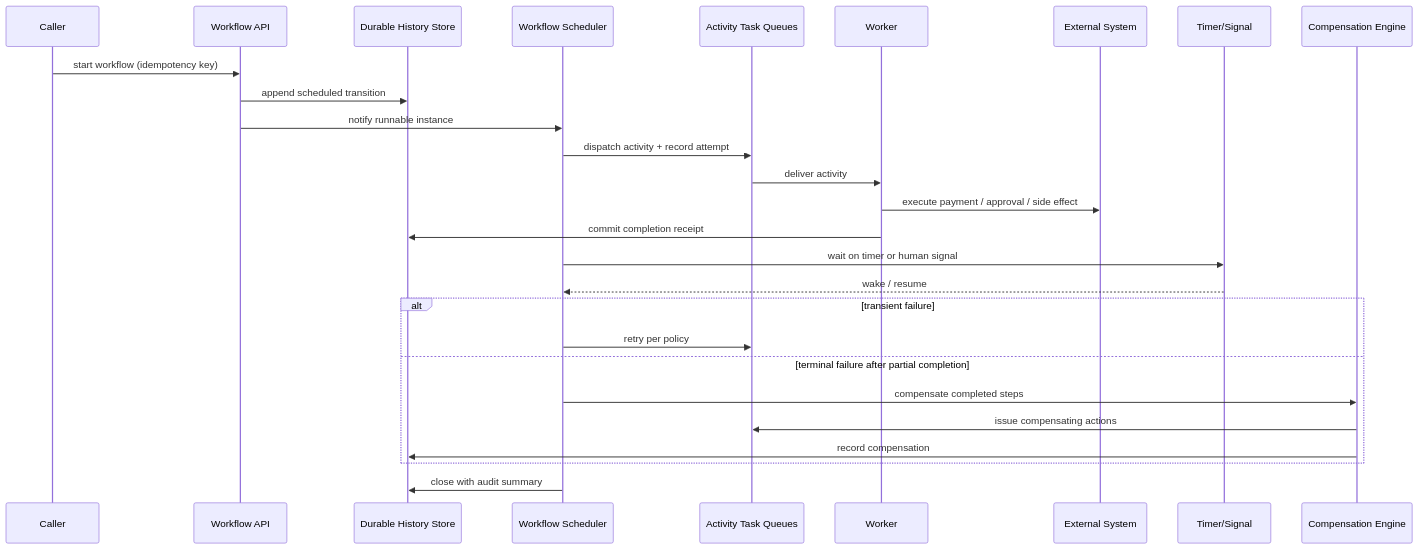
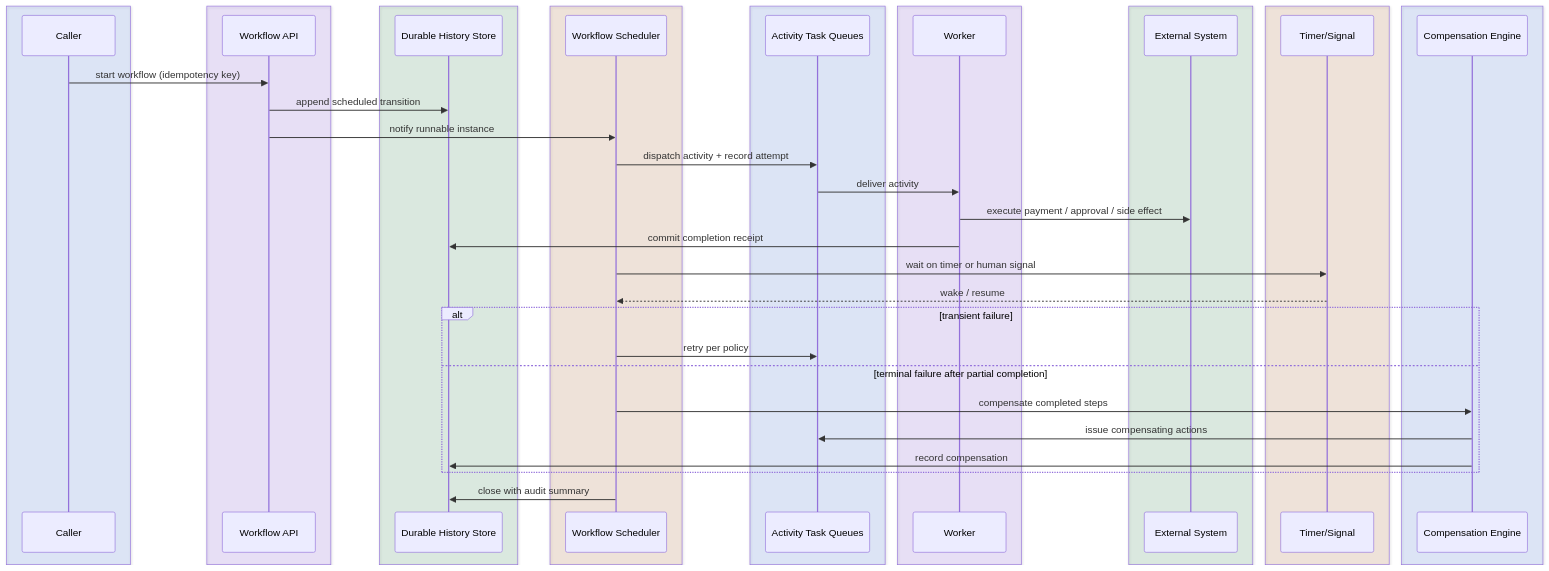
The second of 3 diagrams in site/content/modules/15-fde-case-studies/standalone-designs/reliable-workflow-orchestration/tutorial-v2-part-4.md (Sourav692/Forward-Deployed-Engineer-Interview-Prep), drawn with Mermaid before and after one commit. The commit also changed other lines of this file and 1268 other files, not shown here.

First line of the commit message:
content: polish Casebook writing and Mermaid diagrams (#251)

````diff
--- a/site/content/modules/15-fde-case-studies/standalone-designs/reliable-workflow-orchestration/tutorial-v2-part-4.md
+++ b/site/content/modules/15-fde-case-studies/standalone-designs/reliable-workflow-orchestration/tutorial-v2-part-4.md
@@ -108,30 +118,48 @@
 ```mermaid
 sequenceDiagram
-  participant Caller
-  participant API as Workflow API
-  participant Hist as Durable History Store
-  participant Sched as Workflow Scheduler
-  participant Q as Activity Task Queues
-  participant Worker
-  participant Ext as External System
-  participant Timer as Timer/Signal
-  participant Comp as Compensation Engine
+  box rgba(37,99,235,0.12)
+      participant Caller
+  end
+  box rgba(124,58,237,0.12)
+      participant API as Workflow API
+  end
+  box rgba(21,128,61,0.12)
+      participant Hist as Durable History Store
+  end
+  box rgba(180,83,9,0.12)
+      participant Sched as Workflow Scheduler
+  end
+  box rgba(37,99,235,0.12)
+      participant Q as Activity Task Queues
+  end
+  box rgba(124,58,237,0.12)
+      participant Worker
+  end
+  box rgba(21,128,61,0.12)
+      participant Ext as External System
+  end
+  box rgba(180,83,9,0.12)
+      participant Timer as Timer/Signal
+  end
+  box rgba(37,99,235,0.12)
+      participant Comp as Compensation Engine
+  end
 
   Caller->>API: start workflow (idempotency key)
   API->>Hist: append scheduled transition
   API->>Sched: notify runnable instance
   Sched->>Q: dispatch activity + record attempt
   Q->>Worker: deliver activity
   Worker->>Ext: execute payment / approval / side effect
   Worker->>Hist: commit completion receipt
   Sched->>Timer: wait on timer or human signal
   Timer-->>Sched: wake / resume
   alt transient failure
     Sched->>Q: retry per policy
   else terminal failure after partial completion
     Sched->>Comp: compensate completed steps
     Comp->>Q: issue compensating actions
     Comp->>Hist: record compensation
   end
   Sched->>Hist: close with audit summary
 ```
````
